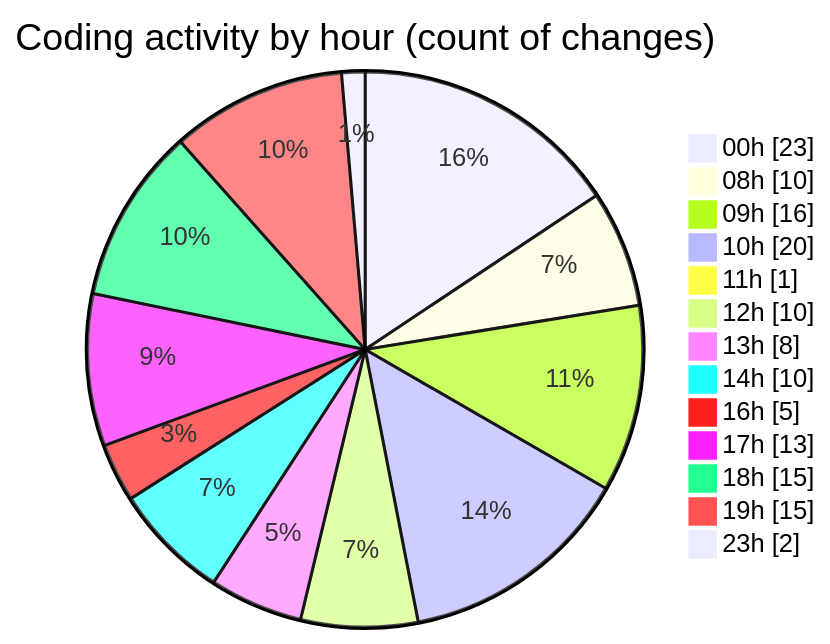
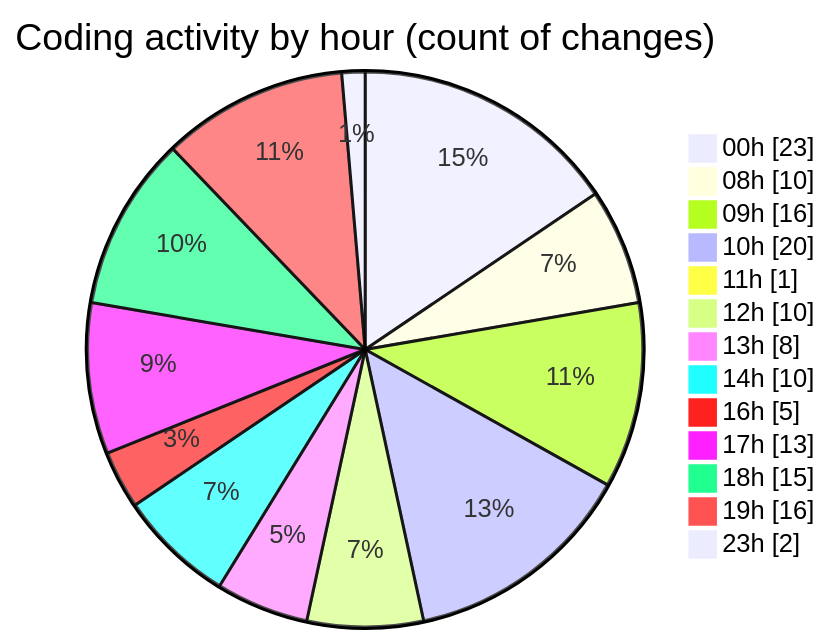
One commit to Elitesun/code-tracking changed the second of 2 diagrams in 2025-05-29/advertise/README.md. Above: the diagram before and after it, drawn with Mermaid. The commit also changed other lines of this file and 1 other file, not shown here.

````diff
--- a/2025-05-29/advertise/README.md
+++ b/2025-05-29/advertise/README.md
@@ -47,17 +47,17 @@
 ```mermaid
 pie showData
 title Coding activity by hour (count of changes)
 "00h" : 23
 "08h" : 10
 "09h" : 16
 "10h" : 20
 "11h" : 1
 "12h" : 10
 "13h" : 8
 "14h" : 10
 "16h" : 5
 "17h" : 13
 "18h" : 15
-"19h" : 15
+"19h" : 16
 "23h" : 2
 ```
````
